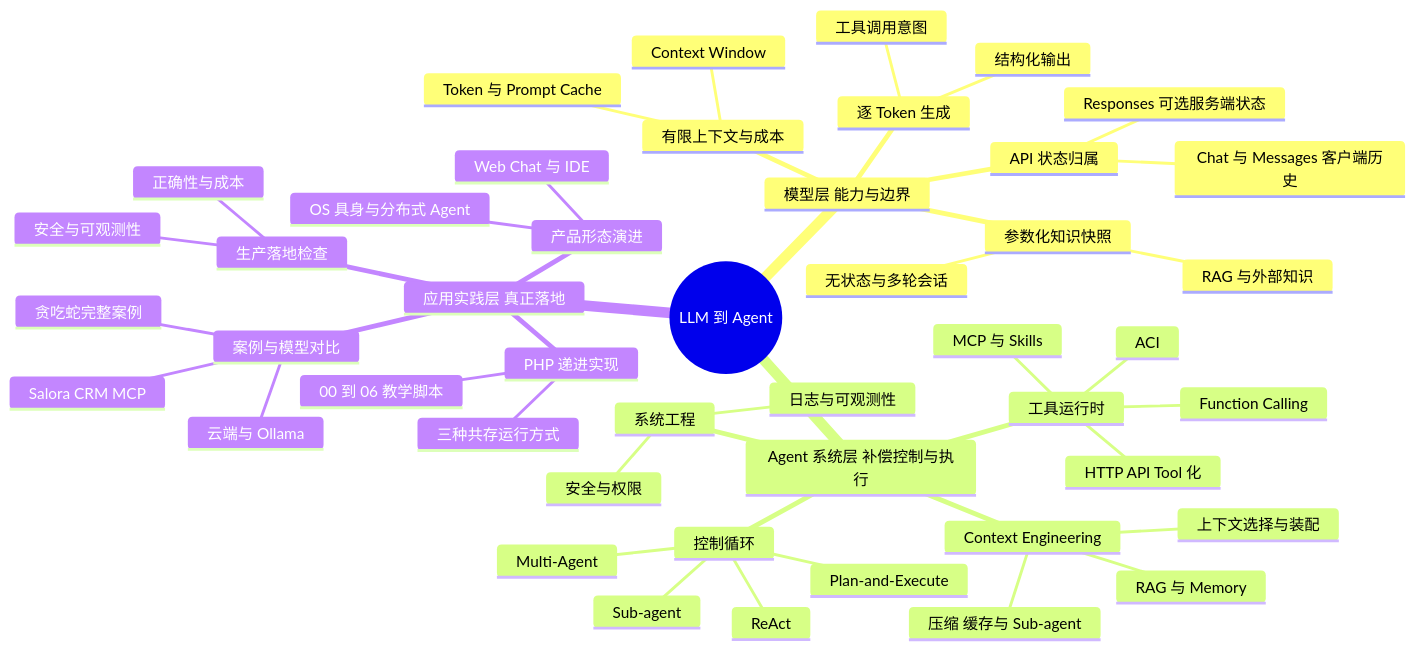
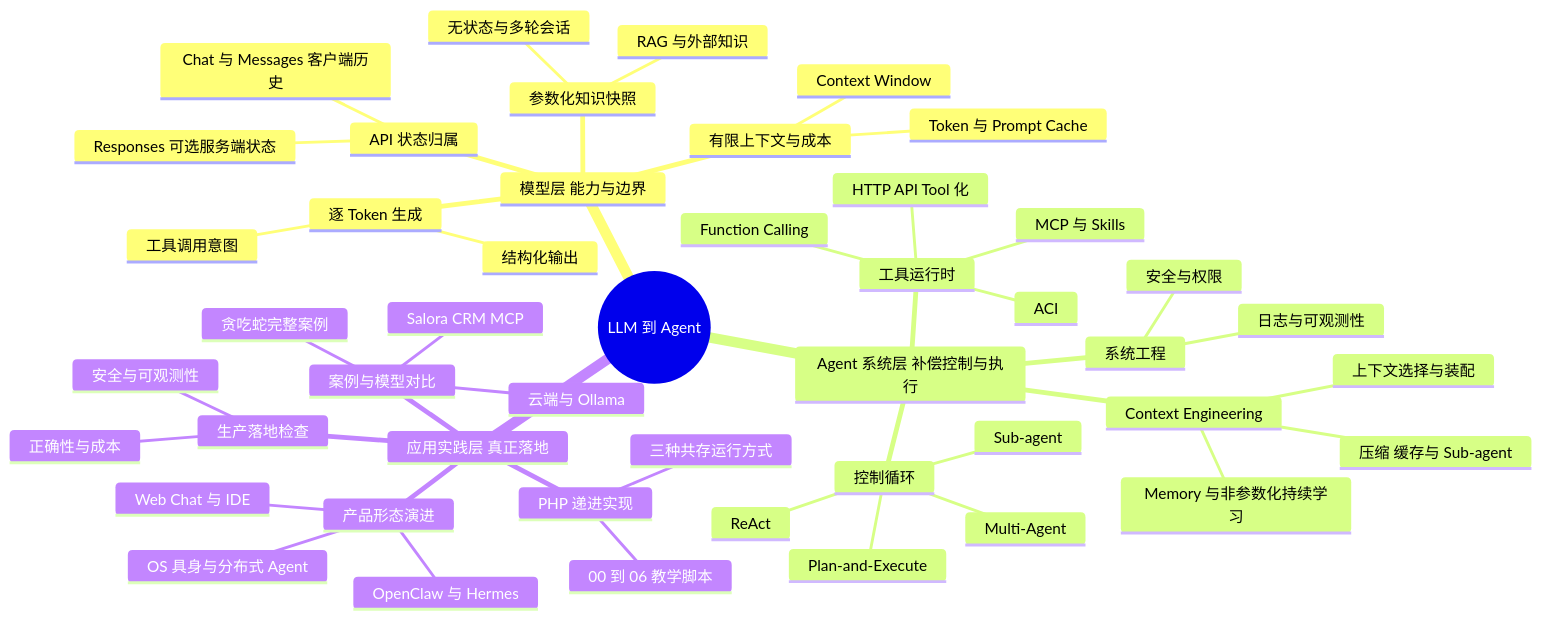
The first of 16 diagrams in docs/llm-agent-sharing.md (liamChen-lb/my-agent), drawn with Mermaid before and after one commit. The commit also changed other lines of this file and 2 other files, not shown here.

First line of the commit message:
docs: expand agent memory and continual learning

````diff
--- a/docs/llm-agent-sharing.md
+++ b/docs/llm-agent-sharing.md
@@ -11,49 +11,50 @@
 ```mermaid
 mindmap
   root((LLM 到 Agent))
     模型层 能力与边界
       参数化知识快照
         RAG 与外部知识
         无状态与多轮会话
       逐 Token 生成
         结构化输出
         工具调用意图
       有限上下文与成本
         Context Window
         Token 与 Prompt Cache
       API 状态归属
         Chat 与 Messages 客户端历史
         Responses 可选服务端状态
     Agent 系统层 补偿控制与执行
       Context Engineering
         上下文选择与装配
-        RAG 与 Memory
+        Memory 与非参数化持续学习
         压缩 缓存与 Sub-agent
       工具运行时
         Function Calling
         MCP 与 Skills
         HTTP API Tool 化
         ACI
       控制循环
         ReAct
         Plan-and-Execute
         Sub-agent
         Multi-Agent
       系统工程
         安全与权限
         日志与可观测性
     应用实践层 真正落地
       产品形态演进
         Web Chat 与 IDE
+        OpenClaw 与 Hermes
         OS 具身与分布式 Agent
       PHP 递进实现
         00 到 06 教学脚本
         三种共存运行方式
       案例与模型对比
         贪吃蛇完整案例
         Salora CRM MCP
         云端与 Ollama
       生产落地检查
         正确性与成本
         安全与可观测性
 ```
````
